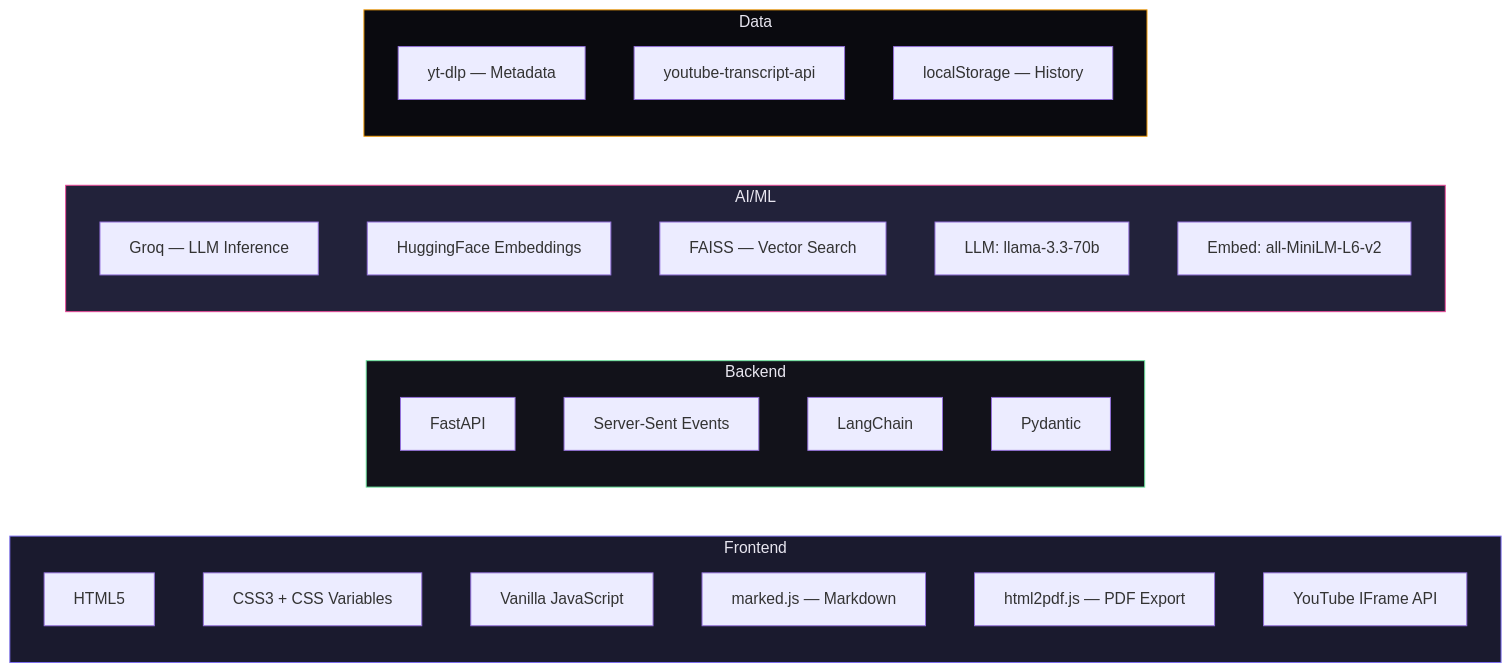
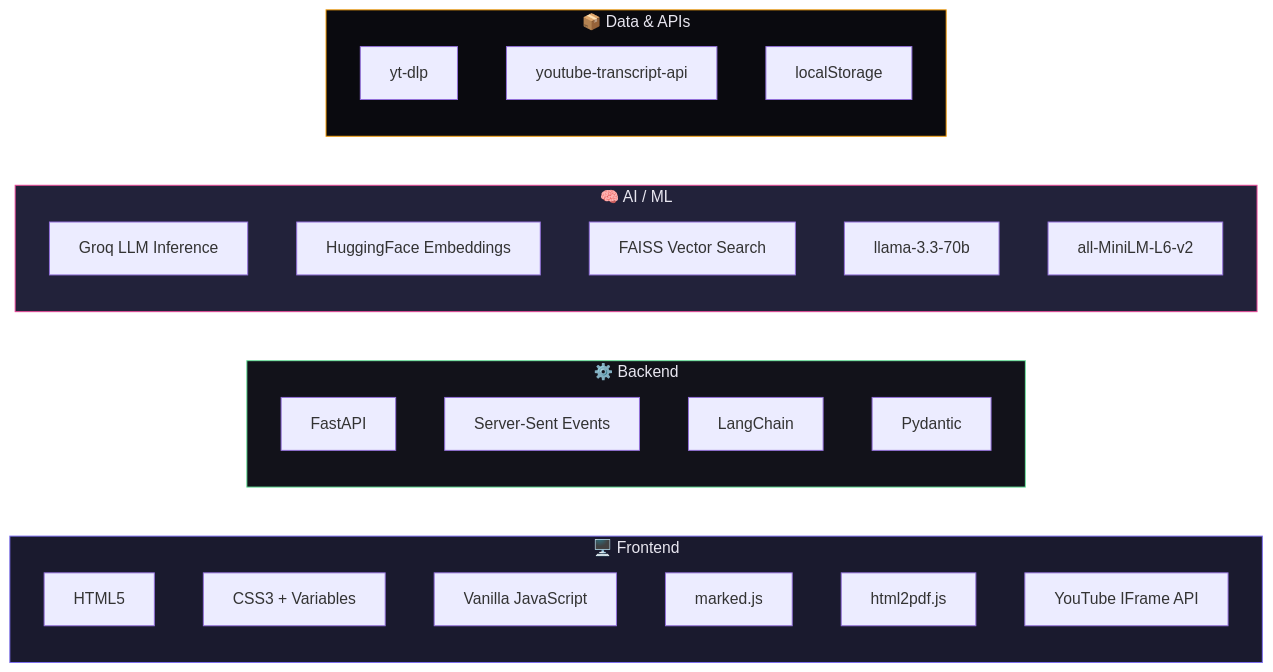
The ninth of 11 diagrams in README.md (divye07/SWE-Proj), drawn with Mermaid before and after one commit. The commit also changed other lines of this file, not shown here.

````diff
--- a/README.md
+++ b/README.md
@@ -515,37 +479,37 @@
 ```mermaid
 graph LR
-    subgraph Frontend
-        HTML[HTML5]
-        CSS[CSS3 + CSS Variables]
-        JS[Vanilla JavaScript]
-        MARKED[marked.js — Markdown]
-        PDF[html2pdf.js — PDF Export]
-        YTAPI[YouTube IFrame API]
+    subgraph Frontend["🖥️ Frontend"]
+        HTML["HTML5"]
+        CSS["CSS3 + Variables"]
+        JS["Vanilla JavaScript"]
+        MARKED["marked.js"]
+        PDF["html2pdf.js"]
+        YTAPI["YouTube IFrame API"]
     end
 
-    subgraph Backend
-        FAST[FastAPI]
-        SSE[Server-Sent Events]
-        LC[LangChain]
-        PYDANTIC[Pydantic]
+    subgraph Backend["⚙️ Backend"]
+        FAST["FastAPI"]
+        SSE["Server-Sent Events"]
+        LC["LangChain"]
+        PYDANTIC["Pydantic"]
     end
 
-    subgraph AI/ML
-        GROQ[Groq — LLM Inference]
-        HF[HuggingFace Embeddings]
-        FAISS[FAISS — Vector Search]
-        MODEL["LLM: llama-3.3-70b"]
-        EMBED["Embed: all-MiniLM-L6-v2"]
+    subgraph AIML["🧠 AI / ML"]
+        GROQ["Groq LLM Inference"]
+        HF["HuggingFace Embeddings"]
+        FAISS["FAISS Vector Search"]
+        MODEL["llama-3.3-70b"]
+        EMBED["all-MiniLM-L6-v2"]
     end
 
-    subgraph Data
-        YTDLP[yt-dlp — Metadata]
-        YTRANS[youtube-transcript-api]
-        LOCAL[localStorage — History]
+    subgraph Data["📦 Data & APIs"]
+        YTDLP["yt-dlp"]
+        YTRANS["youtube-transcript-api"]
+        LOCAL["localStorage"]
     end
 
     style Frontend fill:#1a1a2e,stroke:#7c6ef0,color:#e8e6f0
     style Backend fill:#12121a,stroke:#6ee7a0,color:#e8e6f0
-    style AI/ML fill:#22223a,stroke:#ec4899,color:#e8e6f0
+    style AIML fill:#22223a,stroke:#ec4899,color:#e8e6f0
     style Data fill:#0a0a0f,stroke:#f59e0b,color:#e8e6f0
 ```
````
